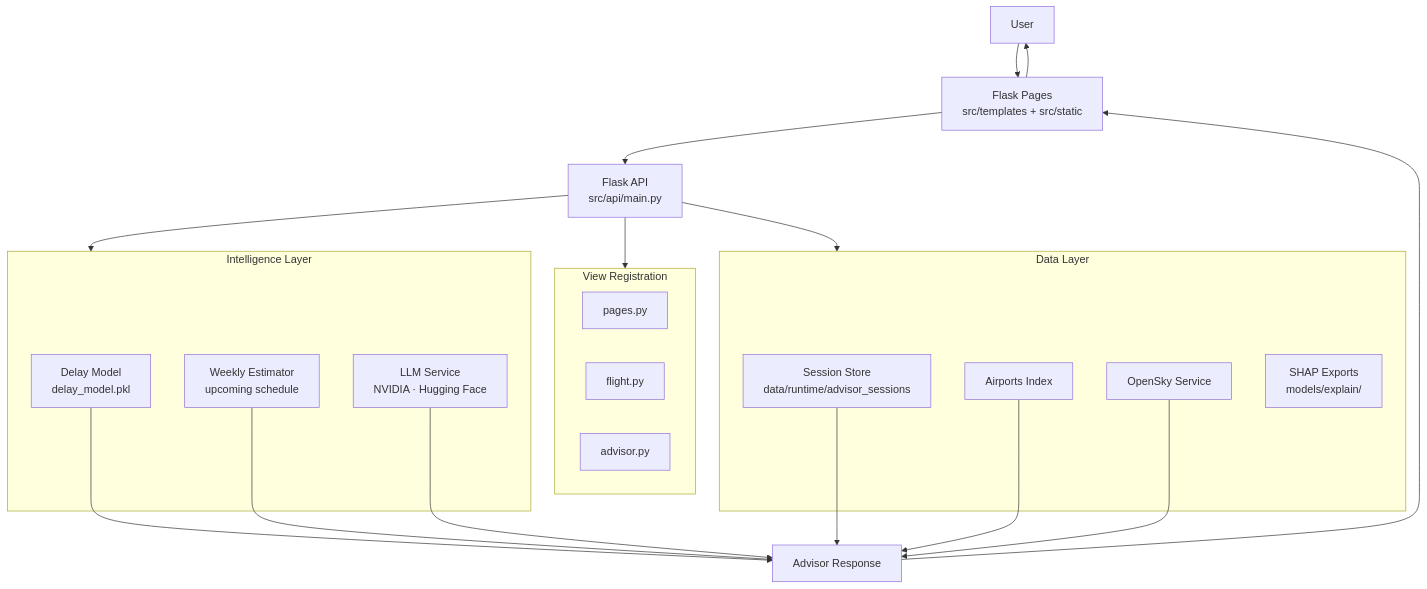
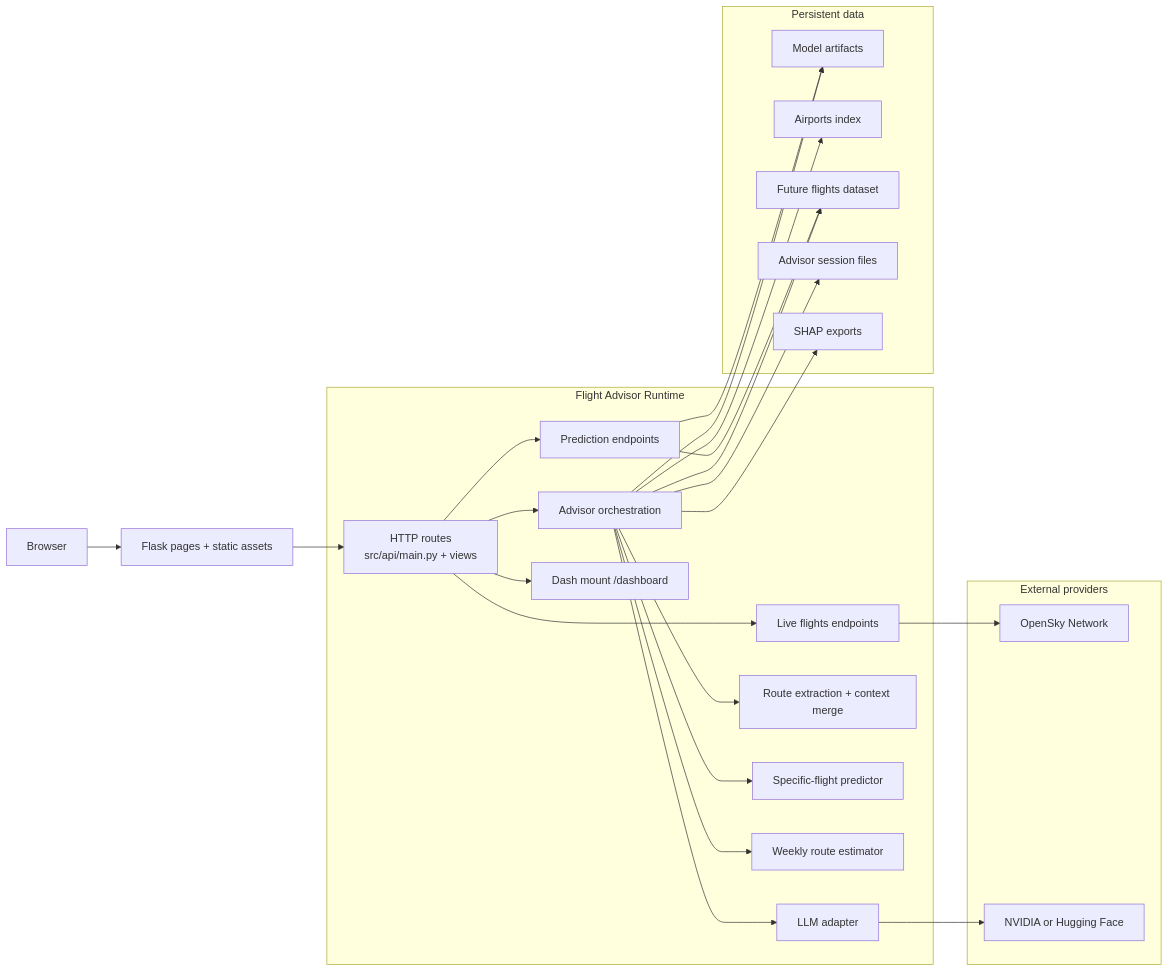
The first of 5 diagrams in Architecture.md (GuilhermeLossio/Tech-Challange-FIAP-3), drawn with Mermaid before and after one commit. The commit also changed other lines of this file, not shown here.

First line of the commit message:
Revise architecture documentation and component names

````diff
--- a/Architecture.md
+++ b/Architecture.md
@@ -32,37 +34,40 @@
 ```mermaid
-flowchart TB
-    U[User] --> P[Flask Pages\nsrc/templates + src/static]
-    P --> A[Flask API\nsrc/api/main.py]
+flowchart LR
+    B[Browser] --> P[Flask pages + static assets]
+    P --> V[HTTP routes\nsrc/api/main.py + views]
 
-    subgraph views[View Registration]
-        V1[pages.py]
-        V2[flight.py]
-        V3[advisor.py]
+    subgraph runtime[Flight Advisor Runtime]
+        V --> A[Advisor orchestration]
+        V --> PR[Prediction endpoints]
+        V --> LF[Live flights endpoints]
+        V --> DM[Dash mount /dashboard]
+
+        A --> N[Route extraction + context merge]
+        A --> SP[Specific-flight predictor]
+        A --> WR[Weekly route estimator]
+        A --> LA[LLM adapter]
     end
 
-    subgraph intelligence[Intelligence Layer]
-        M[Delay Model\ndelay_model.pkl]
-        W[Weekly Estimator\nupcoming schedule]
-        L[LLM Service\nNVIDIA · Hugging Face]
+    subgraph data[Persistent data]
+        M[Model artifacts]
+        AP[Airports index]
+        WF[Future flights dataset]
+        SS[Advisor session files]
+        EX[SHAP exports]
     end
 
-    subgraph data[Data Layer]
-        S[Session Store\ndata/runtime/advisor_sessions]
-        X[Airports Index]
-        O[OpenSky Service]
-        Sh[SHAP Exports\nmodels/explain/]
+    subgraph external[External providers]
+        OS[OpenSky Network]
+        LP[NVIDIA or Hugging Face]
     end
 
-    A --> views
-    A --> intelligence
-    A --> data
-
-    M --> R[Advisor Response]
-    W --> R
-    L --> R
-    S --> R
-    X --> R
-    O --> R
-
-    R --> P --> U
+    A --> SS
+    A --> AP
+    A --> M
+    A --> WF
+    A --> EX
+    PR --> M
+    PR --> WF
+    LF --> OS
+    LA --> LP
 ```
````
